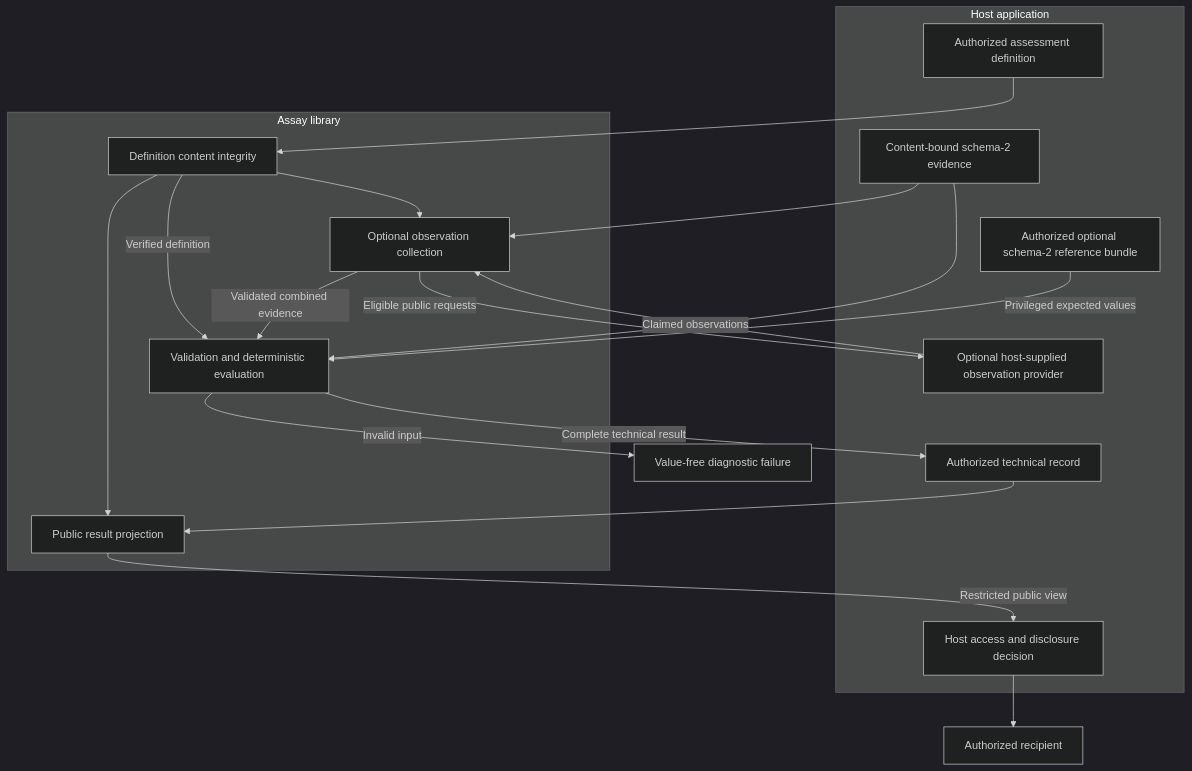
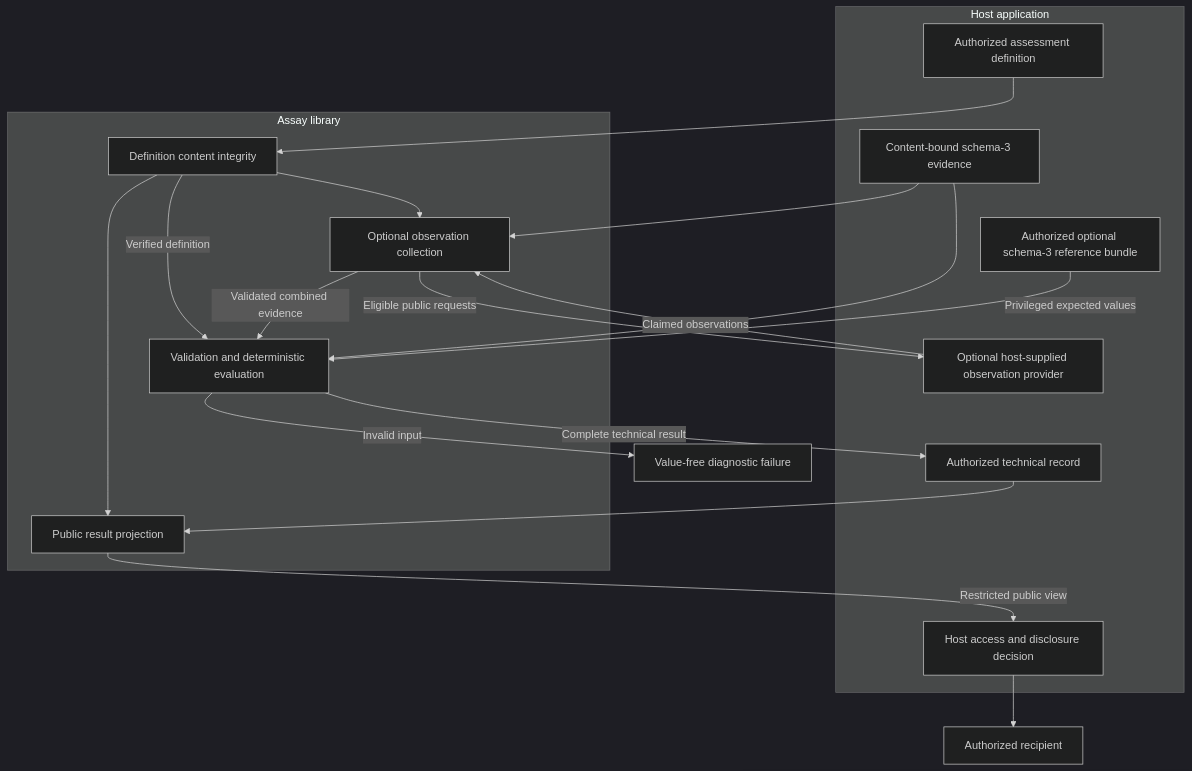
Before and after one commit to 0xbuffdev/assay: the first of 4 diagrams in README.md, drawn with Mermaid (dark theme). The commit also changed other lines of this file and 8 other files, not shown here.

````diff
--- a/README.md
+++ b/README.md
@@ -31,34 +31,34 @@
 ```mermaid
 flowchart TD
     subgraph Host["Host application"]
         Definition["Authorized assessment definition"]
-        Evidence["Content-bound schema-2 evidence"]
-        References["Authorized optional schema-2 reference bundle"]
+        Evidence["Content-bound schema-3 evidence"]
+        References["Authorized optional schema-3 reference bundle"]
         Provider["Optional host-supplied observation provider"]
         Record["Authorized technical record"]
         Authorization["Host access and disclosure decision"]
     end
 
     subgraph Assay["Assay library"]
         Integrity["Definition content integrity"]
         Collection["Optional observation collection"]
         Evaluation["Validation and deterministic evaluation"]
         Projection["Public result projection"]
     end
 
     Definition --> Integrity
     Integrity -->|"Verified definition"| Evaluation
     Evidence --> Evaluation
     References -->|"Privileged expected values"| Evaluation
     Integrity --> Collection
     Evidence --> Collection
     Collection -->|"Eligible public requests"| Provider
     Provider -->|"Claimed observations"| Collection
     Collection -->|"Validated combined evidence"| Evaluation
     Evaluation -->|"Complete technical result"| Record
     Evaluation -->|"Invalid input"| Failure["Value-free diagnostic failure"]
     Record --> Projection
     Integrity --> Projection
     Projection -->|"Restricted public view"| Authorization
     Authorization --> Consumer["Authorized recipient"]
 ```
````
